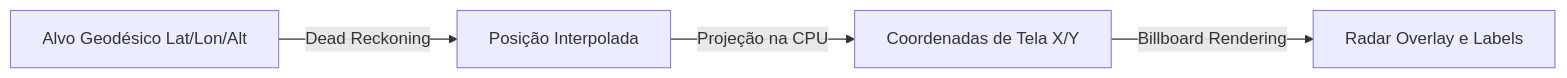
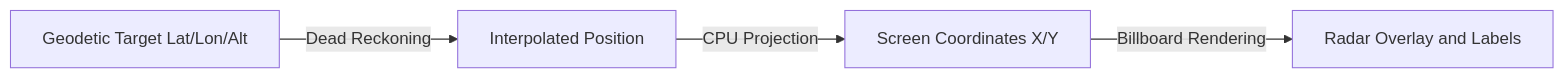
The diagram in docs/sdk/native/wgpu_cpu_vertex_pipeline/arch.md (rodoni/olayer), drawn with Mermaid before and after one commit. The commit also changed other lines of this file and 29 other files, not shown here.

````diff
--- a/docs/sdk/native/wgpu_cpu_vertex_pipeline/arch.md
+++ b/docs/sdk/native/wgpu_cpu_vertex_pipeline/arch.md
@@ -11,6 +11,6 @@
 ```mermaid
 graph LR
-    Target[Alvo Geodésico Lat/Lon/Alt] -->|Dead Reckoning| Interp[Posição Interpolada]
-    Interp -->|Projeção na CPU| Screen[Coordenadas de Tela X/Y]
-    Screen -->|Billboard Rendering| UI[Radar Overlay e Labels]
+    Target[Geodetic Target Lat/Lon/Alt] -->|Dead Reckoning| Interp[Interpolated Position]
+    Interp -->|CPU Projection| Screen[Screen Coordinates X/Y]
+    Screen -->|Billboard Rendering| UI[Radar Overlay and Labels]
 ```
````
